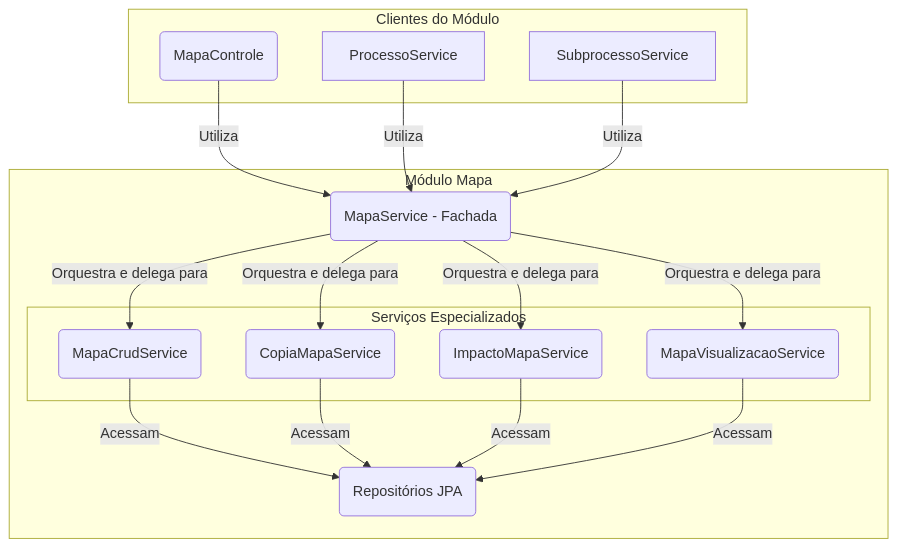
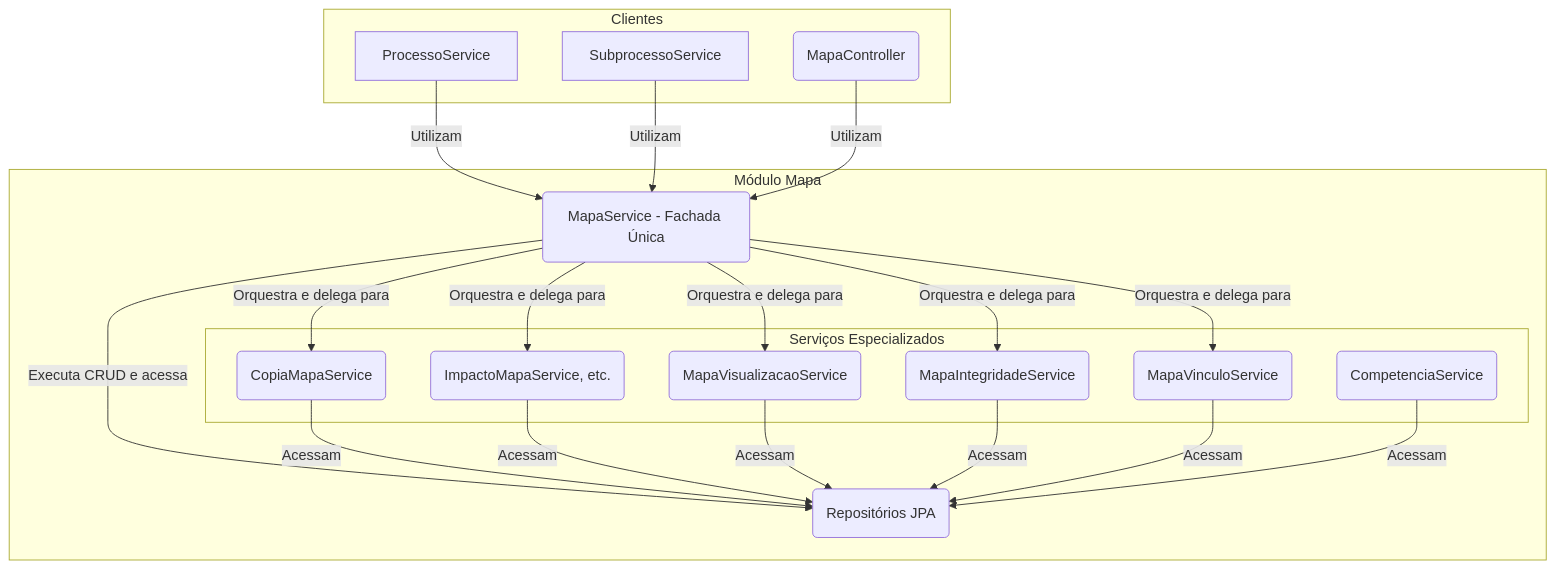
One commit to lgalvao/sgc changed the diagram in backend/src/main/java/sgc/mapa/README.md. Above: the diagram before and after it, drawn with Mermaid. The commit also changed other lines of this file and 893 other files, not shown here.

````diff
--- a/backend/src/main/java/sgc/mapa/README.md
+++ b/backend/src/main/java/sgc/mapa/README.md
@@ -11,32 +12,30 @@
 ```mermaid
 graph TD
-    subgraph "Clientes do Módulo"
-        Controle(MapaControle)
+    subgraph "Clientes"
         ProcessoService
         SubprocessoService
+        Controle(MapaController)
     end
 
     subgraph "Módulo Mapa"
-        Facade(MapaService - Fachada)
+        Facade(MapaService - Fachada Única)
 
         subgraph "Serviços Especializados"
-            Crud(MapaCrudService)
             Copia(CopiaMapaService)
-            Impacto(ImpactoMapaService)
+            Impacto(ImpactoMapaService, etc.)
             Visualizacao(MapaVisualizacaoService)
+            Integridade(MapaIntegridadeService)
+            Vinculo(MapaVinculoService)
+            Competencia(CompetenciaService)
         end
 
         Repos(Repositórios JPA)
     end
 
-    Controle -- Utiliza --> Facade
-    ProcessoService -- Utiliza --> Facade
-    SubprocessoService -- Utiliza --> Facade
+    ProcessoService & SubprocessoService & Controle -- Utilizam --> Facade
 
-    Facade -- Orquestra e delega para --> Crud
-    Facade -- Orquestra e delega para --> Copia
-    Facade -- Orquestra e delega para --> Impacto
-    Facade -- Orquestra e delega para --> Visualizacao
+    Facade -- Orquestra e delega para --> Copia & Impacto & Visualizacao & Integridade & Vinculo
+    Facade -- Executa CRUD e acessa --> Repos
 
-    Crud & Copia & Impacto & Visualizacao -- Acessam --> Repos
+    Copia & Impacto & Visualizacao & Integridade & Vinculo & Competencia -- Acessam --> Repos
 ```
````
